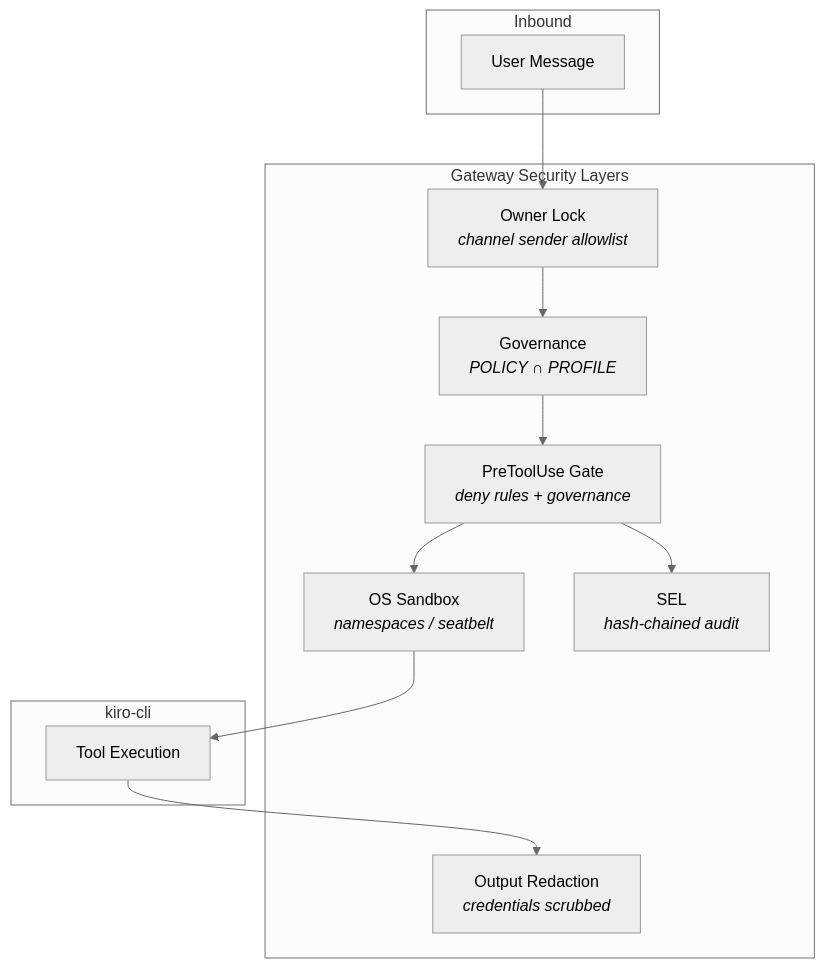
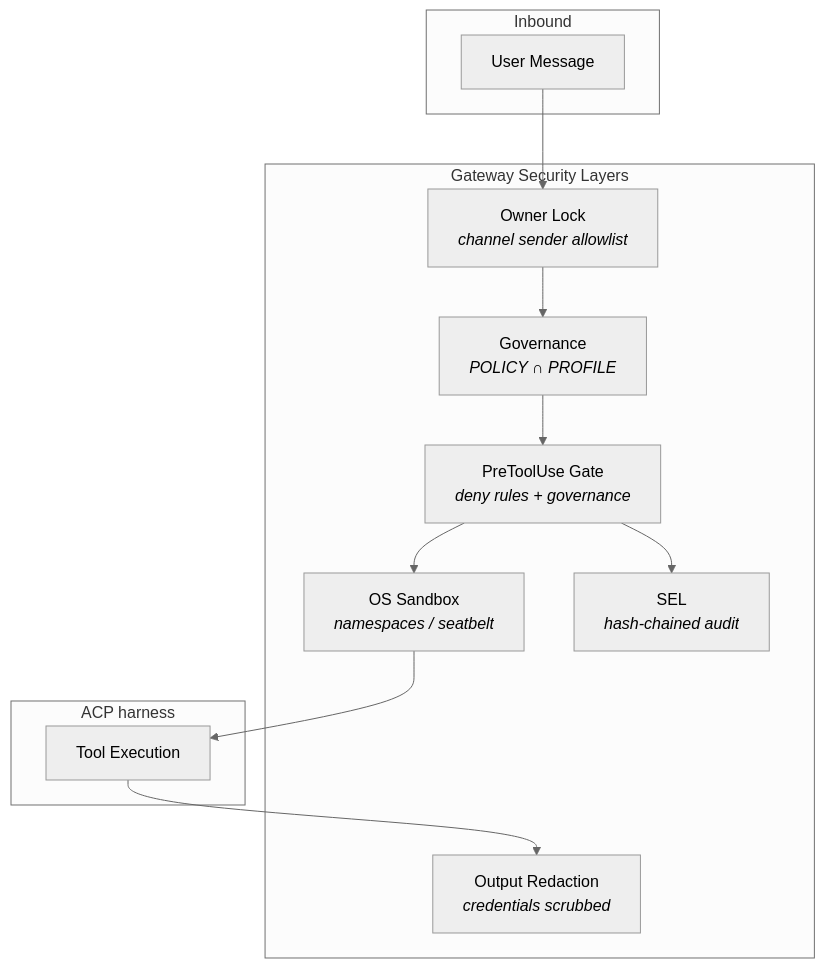
One commit to kirodotdev/KiroCrew changed the sixth of 9 diagrams in docs/architecture/overview.md. Above: the diagram before and after it, drawn with Mermaid (neutral theme). The commit also changed other lines of this file and 3 other files, not shown here.

Commit message:
docs(architecture): name KAS as the default harness and drop closed issue numbers

````diff
--- a/docs/architecture/overview.md
+++ b/docs/architecture/overview.md
@@ -418,27 +421,27 @@
 ```mermaid
 graph TB
     subgraph "Inbound"
         USER_MSG[User Message]
     end
 
     subgraph "Gateway Security Layers"
         OWNER[Owner Lock<br/><i>channel sender allowlist</i>]
         GOV["Governance<br/><i>POLICY ∩ PROFILE</i>"]
         HOOKS_SEC[PreToolUse Gate<br/><i>deny rules + governance</i>]
         SANDBOX[OS Sandbox<br/><i>namespaces / seatbelt</i>]
         REDACT[Output Redaction<br/><i>credentials scrubbed</i>]
         AUDIT[SEL<br/><i>hash-chained audit</i>]
     end
 
-    subgraph "kiro-cli"
+    subgraph "ACP harness"
         TOOLS[Tool Execution]
     end
 
     USER_MSG --> OWNER
     OWNER --> GOV
     GOV --> HOOKS_SEC
     HOOKS_SEC --> SANDBOX
     SANDBOX --> TOOLS
     TOOLS --> REDACT
     HOOKS_SEC --> AUDIT
 ```
````
